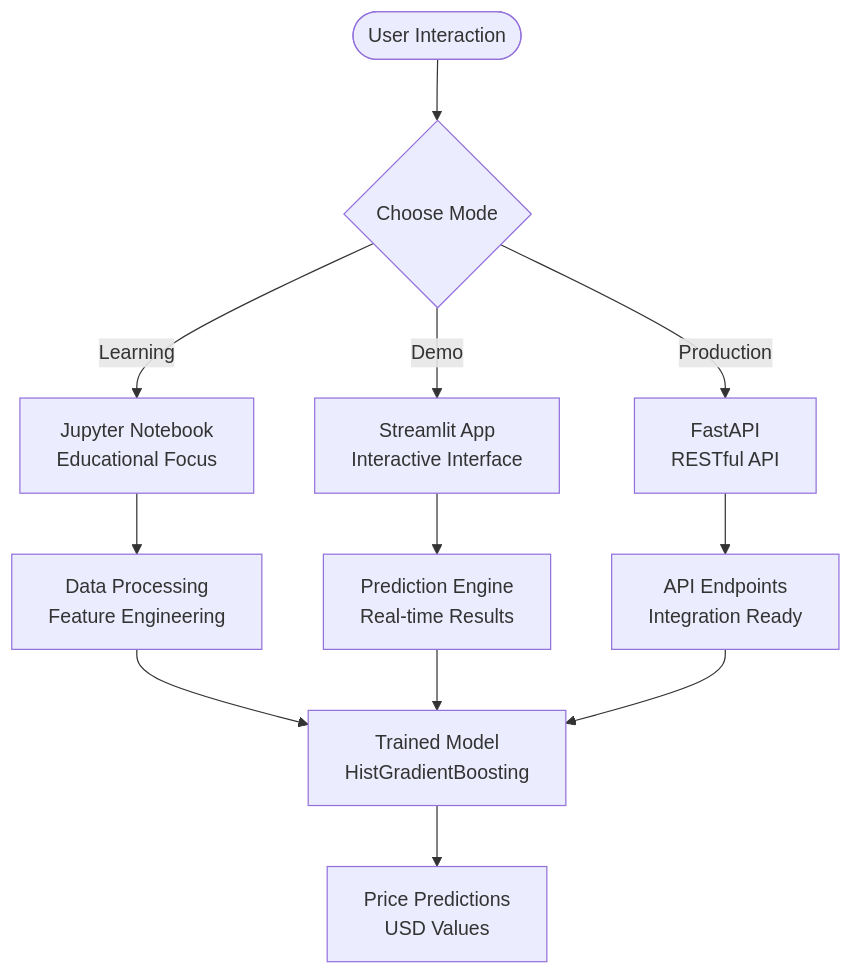
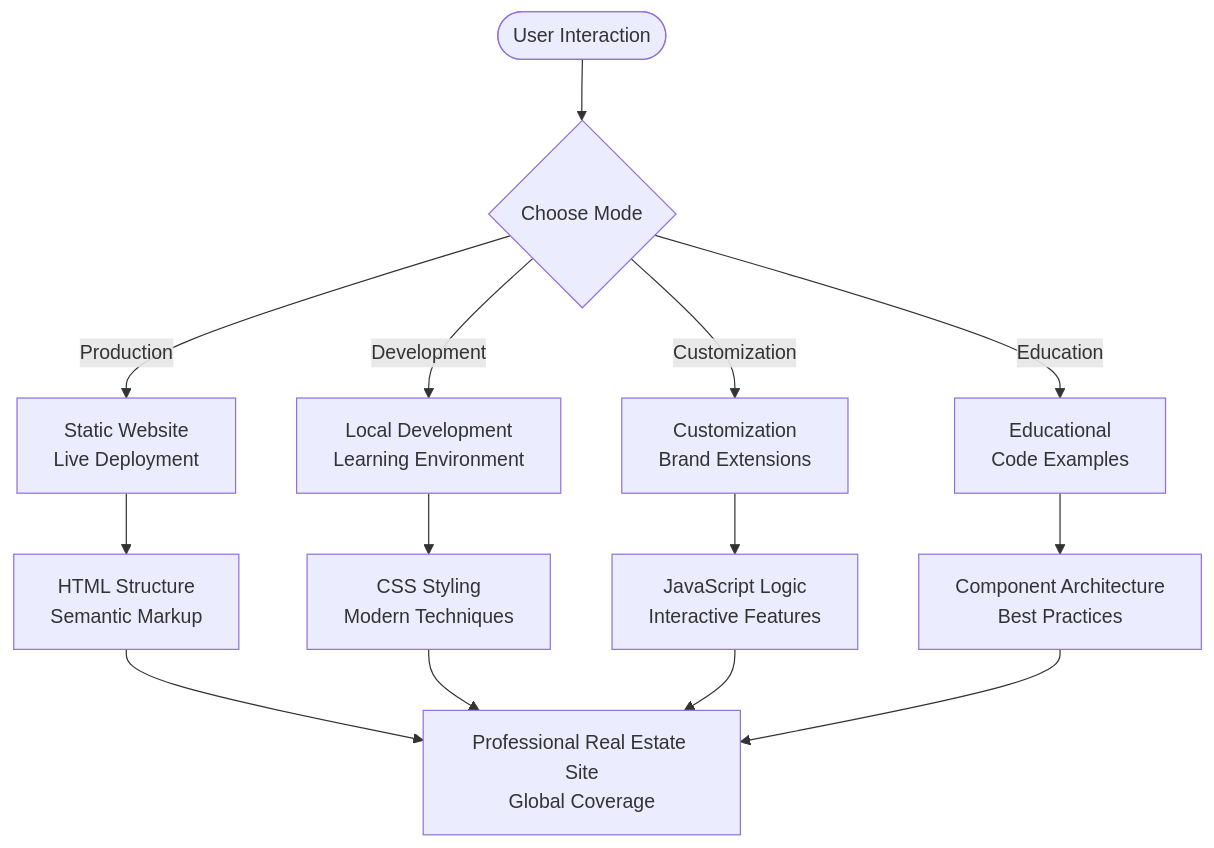
One commit to tashkirrr/housing-price-prediction changed the diagram in .qoder/repowiki/en/content/Getting Started.md. Above: the diagram before and after it, drawn with Mermaid. The commit also changed other lines of this file and 9 other files, not shown here.

First line of the commit message:
refactor(docs): restructure docs for static website deployment

````diff
--- a/.qoder/repowiki/en/content/Getting Started.md
+++ b/.qoder/repowiki/en/content/Getting Started.md
@@ -252,14 +326,16 @@
 ```mermaid
 flowchart TD
 Start([User Interaction]) --> Choice{Choose Mode}
-Choice --> |Learning| Notebook[Jupyter Notebook<br/>Educational Focus]
-Choice --> |Demo| Streamlit[Streamlit App<br/>Interactive Interface]
-Choice --> |Production| FastAPI[FastAPI<br/>RESTful API]
-Notebook --> Data[Data Processing<br/>Feature Engineering]
-Streamlit --> Predict[Prediction Engine<br/>Real-time Results]
-FastAPI --> API[API Endpoints<br/>Integration Ready]
-Data --> Model[Trained Model<br/>HistGradientBoosting]
-Predict --> Model
-API --> Model
-Model --> Output[Price Predictions<br/>USD Values]
+Choice --> |Production| Static[Static Website<br/>Live Deployment]
+Choice --> |Development| Local[Local Development<br/>Learning Environment]
+Choice --> |Customization| Modify[Customization<br/>Brand Extensions]
+Choice --> |Education| Learn[Educational<br/>Code Examples]
+Static --> HTML[HTML Structure<br/>Semantic Markup]
+Local --> CSS[CSS Styling<br/>Modern Techniques]
+Modify --> JS[JavaScript Logic<br/>Interactive Features]
+Learn --> Components[Component Architecture<br/>Best Practices]
+HTML --> Output[Professional Real Estate Site<br/>Global Coverage]
+CSS --> Output
+JS --> Output
+Components --> Output
 ```
````
